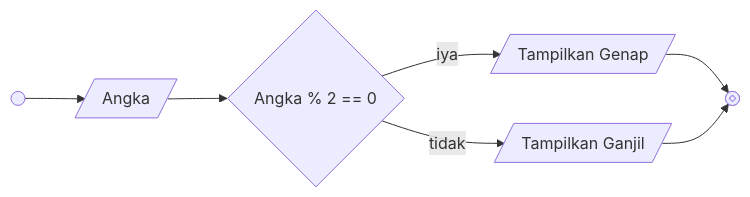
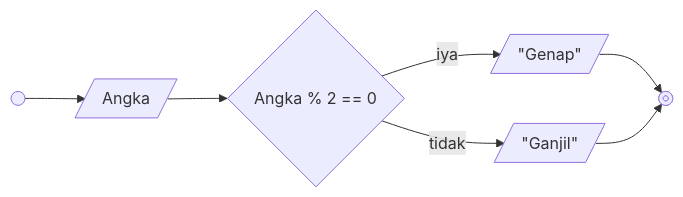
Before and after one commit to rizqyazhar/koda-b10-algoritma: the first of 2 diagrams in README.md, drawn with Mermaid. The commit also changed other lines of this file, not shown here.

````diff
--- a/README.md
+++ b/README.md
@@ -26,14 +26,14 @@
 ```mermaid
 flowchart LR
   A@{shape: start, label: "Start"}
   B@{shape: stop, label: "End"}
   C@{shape: diam, label: "Angka % 2 == 0"}
   D@{shape: lean-r, label: "Angka"}
-  E@{shape: lean-r, label: "Tampilkan Genap"}
-  F@{shape: lean-r, label: "Tampilkan Ganjil"}
+  E@{shape: lean-r, label: "#quot;Genap#quot;"}
+  F@{shape: lean-r, label: "#quot;Ganjil#quot;"}
 
   A --> D --> C --iya--> E 
   C --tidak--> F
   E & F --> B
 
 ```
````
